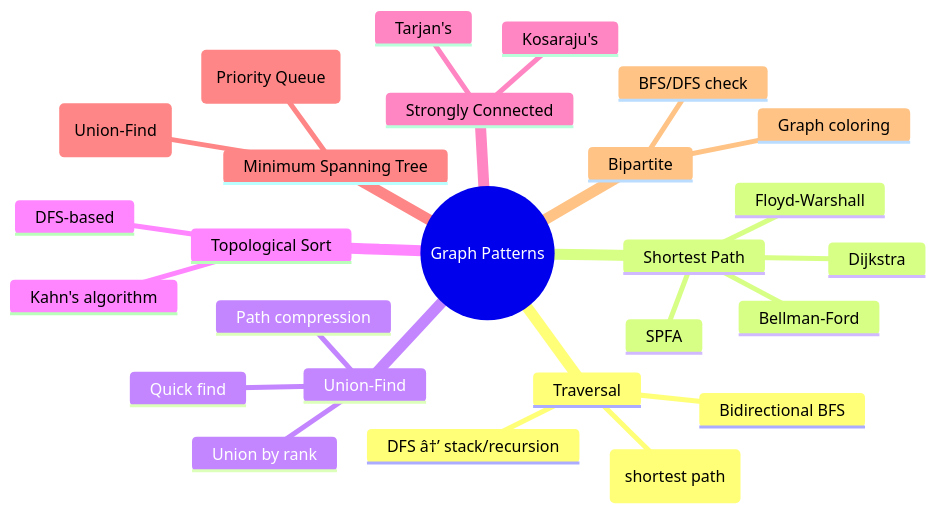
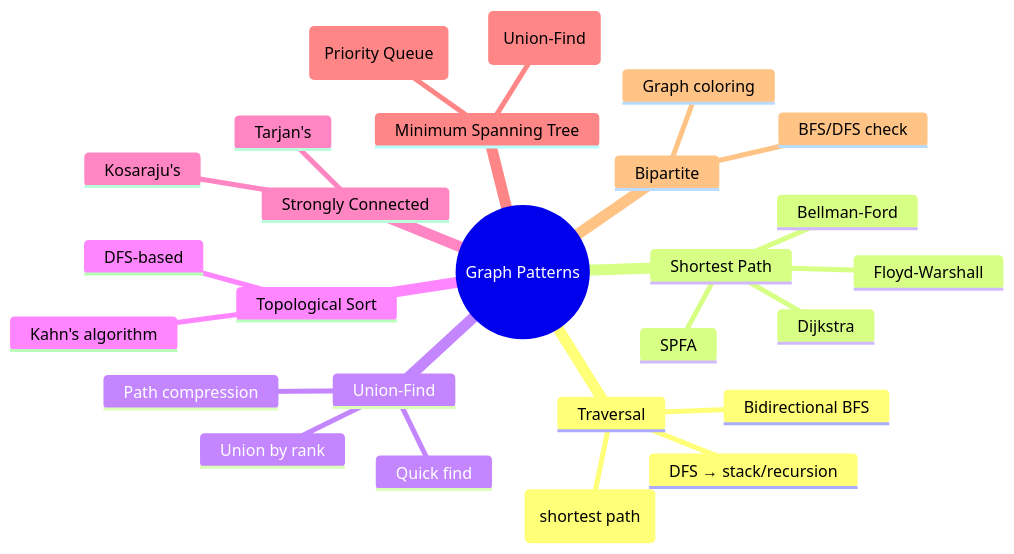
Before and after one commit to Raushan666java/ai-engineering-journey: the second of 3 diagrams in docs/courses/coding-problems/06-graphs.md, drawn with Mermaid. The commit also changed other lines of this file and 965 other files, not shown here.

````diff
--- a/docs/courses/coding-problems/06-graphs.md
+++ b/docs/courses/coding-problems/06-graphs.md
@@ -55,29 +55,29 @@
 ```mermaid
 mindmap
   root((Graph Patterns))
     Traversal
-      DFS â†’ stack/recursion
-      BFS â†’ queue (shortest path)
+      DFS → stack/recursion
+      BFS → queue (shortest path)
       Bidirectional BFS
     Shortest Path
       Dijkstra
       Bellman-Ford
       Floyd-Warshall
       SPFA
     Union-Find
       Quick find
       Union by rank
       Path compression
     Topological Sort
       Kahn's algorithm
       DFS-based
     Strongly Connected
       Tarjan's
       Kosaraju's
     Minimum Spanning Tree
       Kruskal (Union-Find)
       Prim (Priority Queue)
     Bipartite
       Graph coloring
       BFS/DFS check
 ```
````
